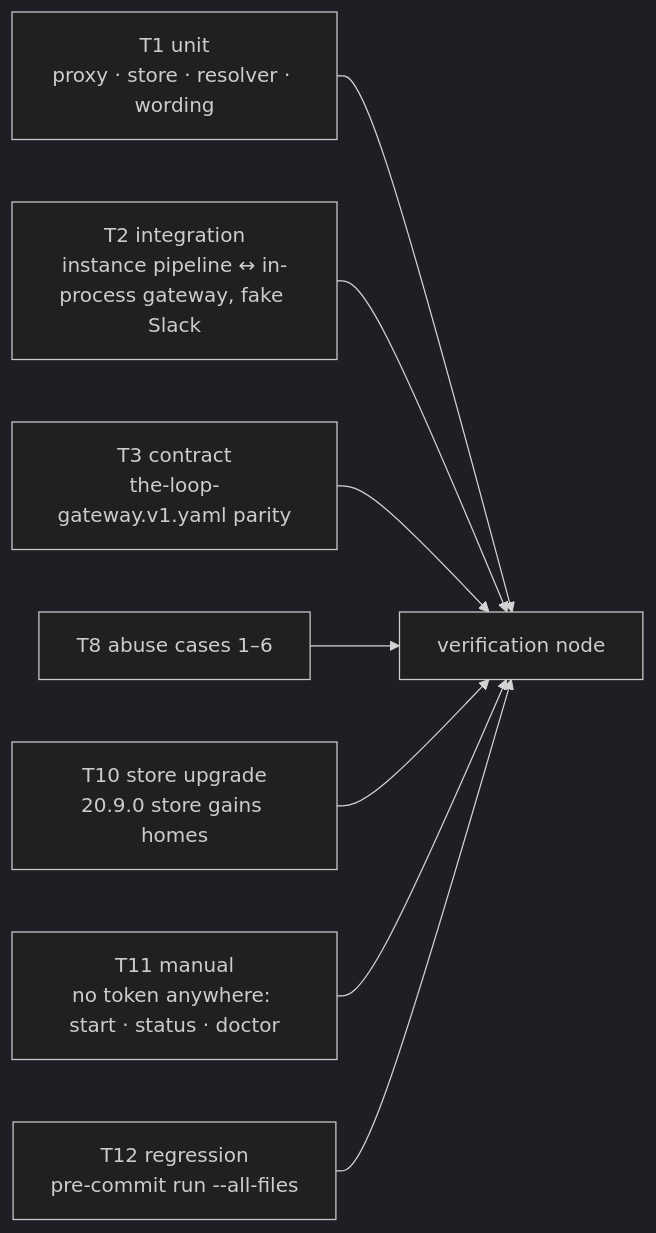
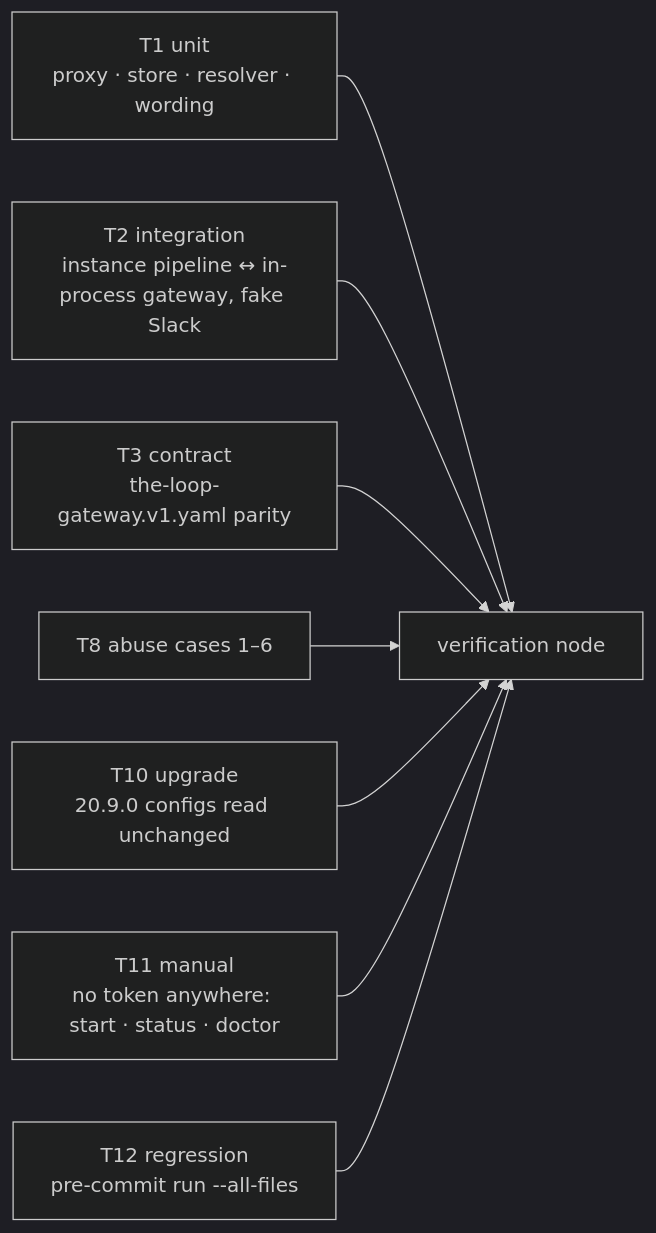
The diagram in docs/specs/issue-519/testing-plan.md (MadaraUchiha-314/the-loop), drawn with Mermaid (dark theme) before and after one commit. The commit also changed other lines of this file and 3 other files, not shown here.

````diff
--- a/docs/specs/issue-519/testing-plan.md
+++ b/docs/specs/issue-519/testing-plan.md
@@ -24,10 +24,10 @@
 ```mermaid
 flowchart LR
   U["T1 unit<br/>proxy · store · resolver · wording"] --> V["verification node"]
   I["T2 integration<br/>instance pipeline ↔ in-process gateway, fake Slack"] --> V
   C["T3 contract<br/>the-loop-gateway.v1.yaml parity"] --> V
   S["T8 abuse cases 1–6"] --> V
-  M["T10 store upgrade<br/>20.9.0 store gains homes"] --> V
+  M["T10 upgrade<br/>20.9.0 configs read unchanged"] --> V
   X["T11 manual<br/>no token anywhere: start · status · doctor"] --> V
   R["T12 regression<br/>pre-commit run --all-files"] --> V
 ```
````
